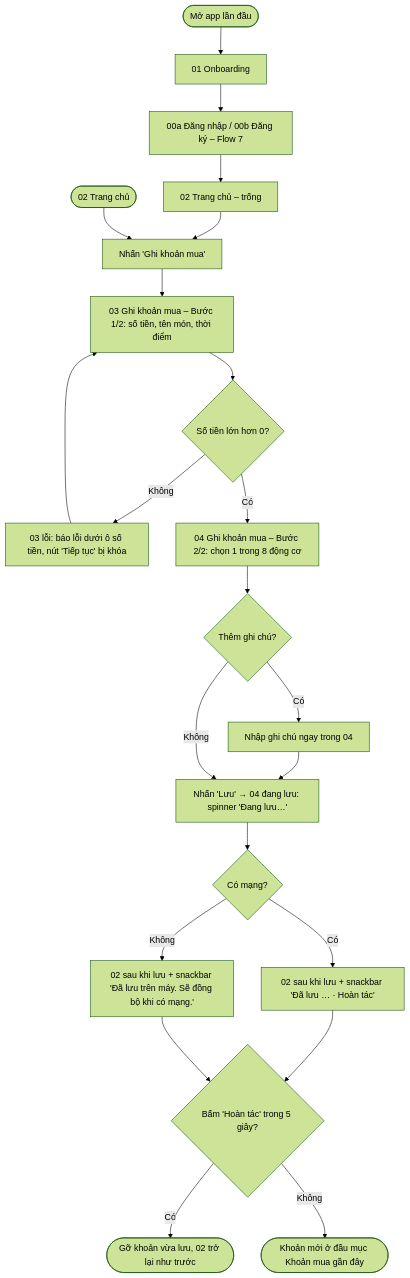
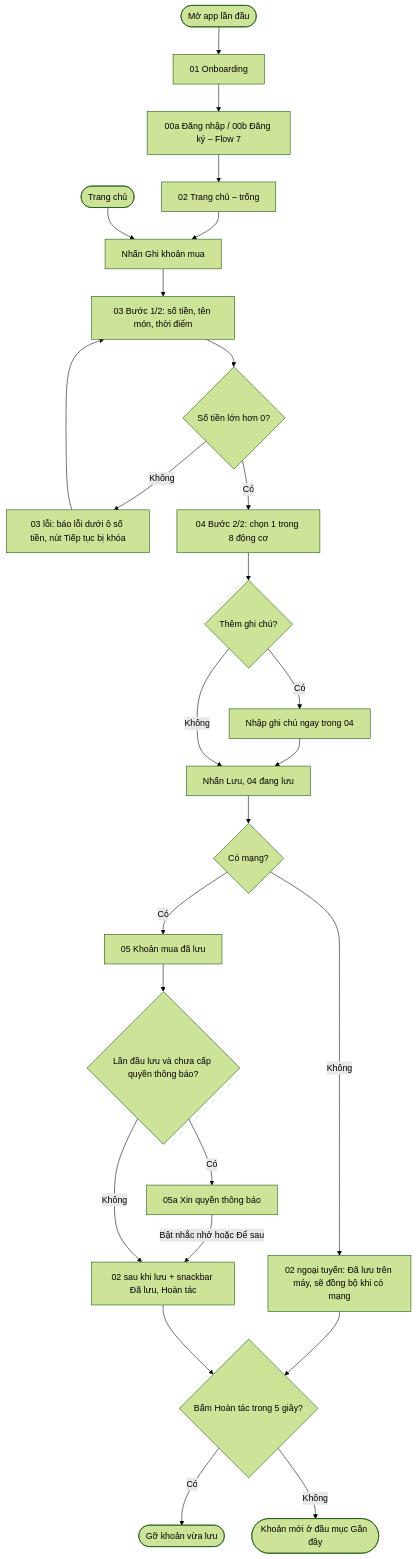
Before and after one commit to hoanghuan2005/prm393_lab02: the second of 8 diagrams in ux/user-flow.md, drawn with Mermaid (forest theme). The commit also changed other lines of this file and 5 other files, not shown here.

````diff
--- a/ux/user-flow.md
+++ b/ux/user-flow.md
@@ -64,20 +77,24 @@
 ```mermaid
 flowchart TD
     First([Mở app lần đầu]) --> S01[01 Onboarding] --> Auth[00a Đăng nhập / 00b Đăng ký – Flow 7] --> Empty[02 Trang chủ – trống]
     Empty --> Add
-    Start([02 Trang chủ]) --> Add[Nhấn 'Ghi khoản mua']
-    Add --> S03[03 Ghi khoản mua – Bước 1/2: số tiền, tên món, thời điểm]
+    Start([Trang chủ]) --> Add[Nhấn Ghi khoản mua]
+    Add --> S03[03 Bước 1/2: số tiền, tên món, thời điểm]
     S03 --> Valid{Số tiền lớn hơn 0?}
-    Valid -->|Không| Err[03 lỗi: báo lỗi dưới ô số tiền, nút 'Tiếp tục' bị khóa] --> S03
-    Valid -->|Có| S04[04 Ghi khoản mua – Bước 2/2: chọn 1 trong 8 động cơ]
+    Valid -->|Không| Err[03 lỗi: báo lỗi dưới ô số tiền, nút Tiếp tục bị khóa] --> S03
+    Valid -->|Có| S04[04 Bước 2/2: chọn 1 trong 8 động cơ]
     S04 --> Note{Thêm ghi chú?}
     Note -->|Có| Write[Nhập ghi chú ngay trong 04] --> Save
-    Note -->|Không| Save[Nhấn 'Lưu' → 04 đang lưu: spinner 'Đang lưu…']
+    Note -->|Không| Save[Nhấn Lưu, 04 đang lưu]
     Save --> Net{Có mạng?}
-    Net -->|Có| Done[02 sau khi lưu + snackbar 'Đã lưu … · Hoàn tác']
-    Net -->|Không| Offline[02 sau khi lưu + snackbar 'Đã lưu trên máy. Sẽ đồng bộ khi có mạng.']
-    Done --> Undo{Bấm 'Hoàn tác' trong 5 giây?}
+    Net -->|Có| S05[05 Khoản mua đã lưu]
+    Net -->|Không| Offline[02 ngoại tuyến: Đã lưu trên máy, sẽ đồng bộ khi có mạng]
+    S05 --> FirstSave{Lần đầu lưu và chưa cấp quyền thông báo?}
+    FirstSave -->|Có| S05a[05a Xin quyền thông báo]
+    S05a -->|Bật nhắc nhở hoặc Để sau| Done[02 sau khi lưu + snackbar Đã lưu, Hoàn tác]
+    FirstSave -->|Không| Done
     Offline --> Undo
-    Undo -->|Có| Back([Gỡ khoản vừa lưu, 02 trở lại như trước])
-    Undo -->|Không| End([Khoản mới ở đầu mục Khoản mua gần đây])
+    Done --> Undo{Bấm Hoàn tác trong 5 giây?}
+    Undo -->|Có| Back([Gỡ khoản vừa lưu])
+    Undo -->|Không| End([Khoản mới ở đầu mục Gần đây])
 ```
````
